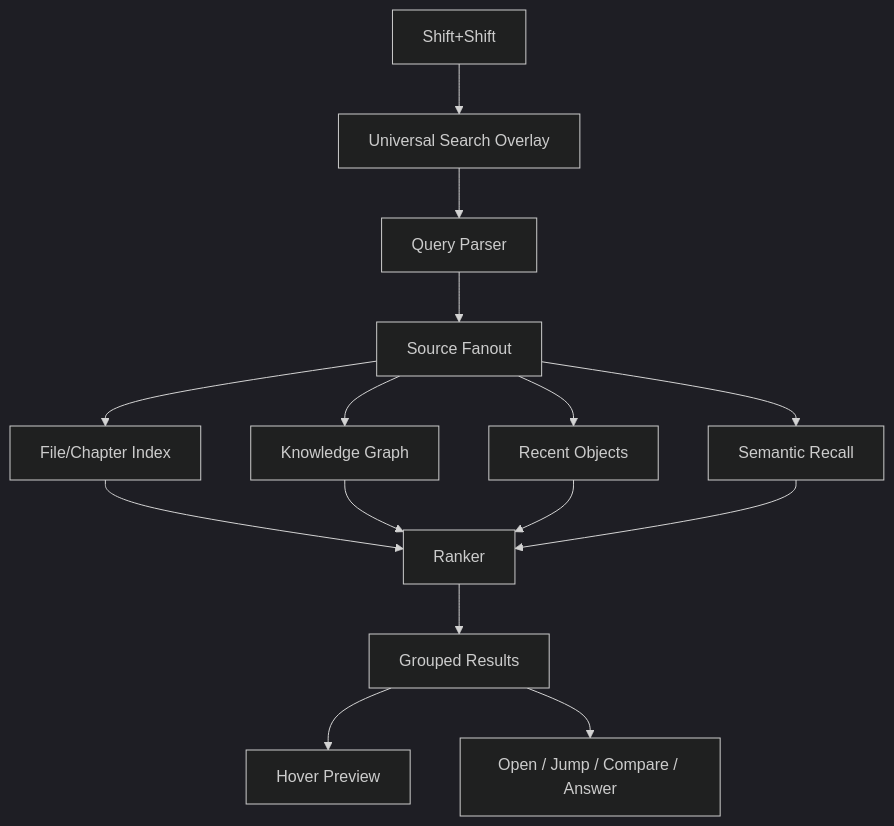
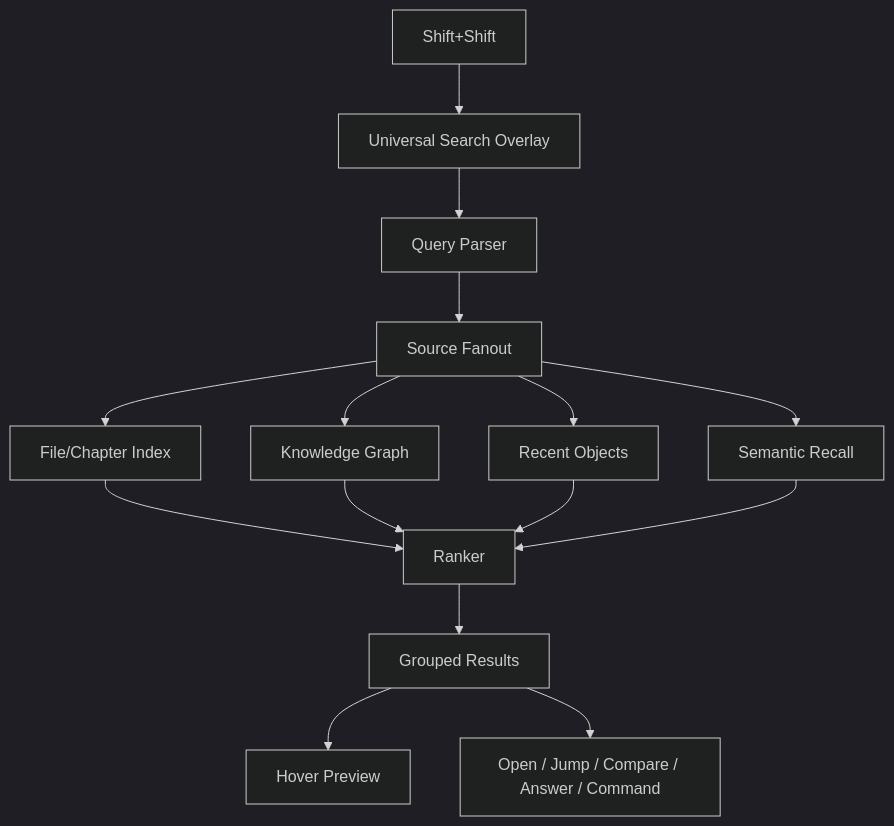
One commit to jinhuang712/open-novel changed the first of 3 diagrams in spec/M01-universal-search.md. Above: the diagram before and after it, drawn with Mermaid (dark theme). The commit also changed other lines of this file and 29 other files, not shown here.

````diff
--- a/spec/M01-universal-search.md
+++ b/spec/M01-universal-search.md
@@ -29,17 +28,17 @@
 ```mermaid
 flowchart TB
   Hotkey[Shift+Shift] --> Overlay[Universal Search Overlay]
   Overlay --> Parser[Query Parser]
   Parser --> Sources[Source Fanout]
   Sources --> Files[File/Chapter Index]
   Sources --> KG[Knowledge Graph]
   Sources --> Recent[Recent Objects]
   Sources --> Semantic[Semantic Recall]
   Files --> Ranker[Ranker]
   KG --> Ranker
   Recent --> Ranker
   Semantic --> Ranker
   Ranker --> Groups[Grouped Results]
   Groups --> Preview[Hover Preview]
-  Groups --> Action[Open / Jump / Compare / Answer]
+  Groups --> Action[Open / Jump / Compare / Answer / Command]
 ```
````
